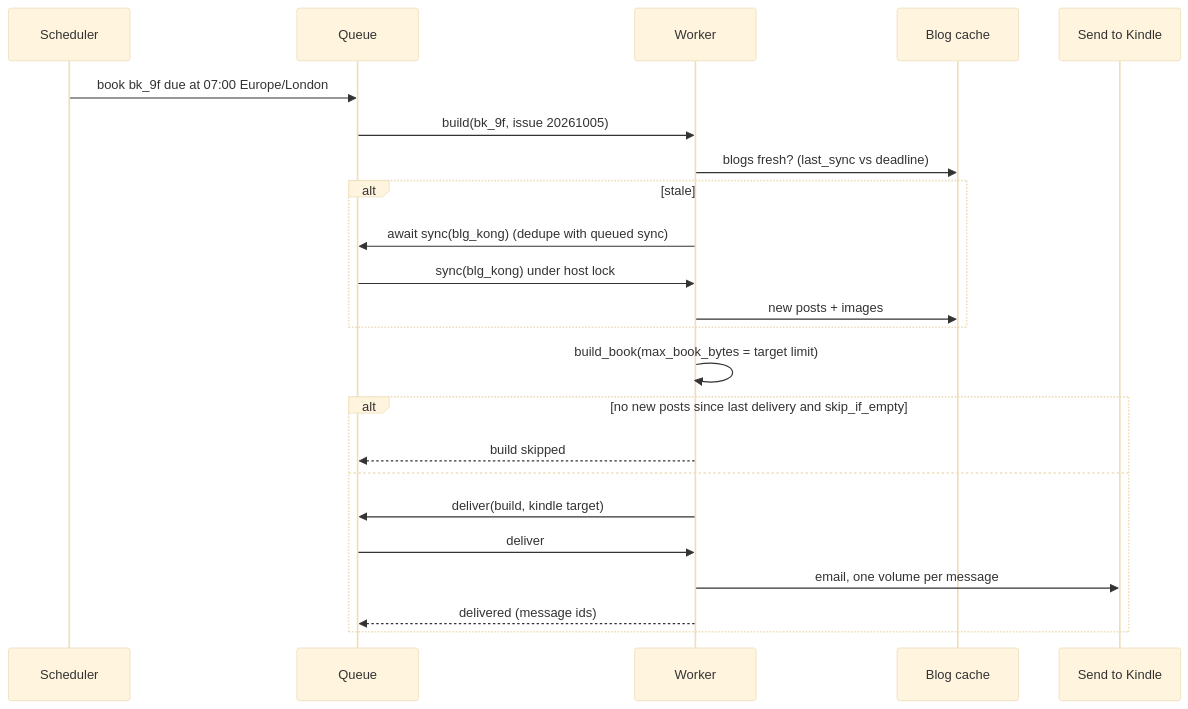
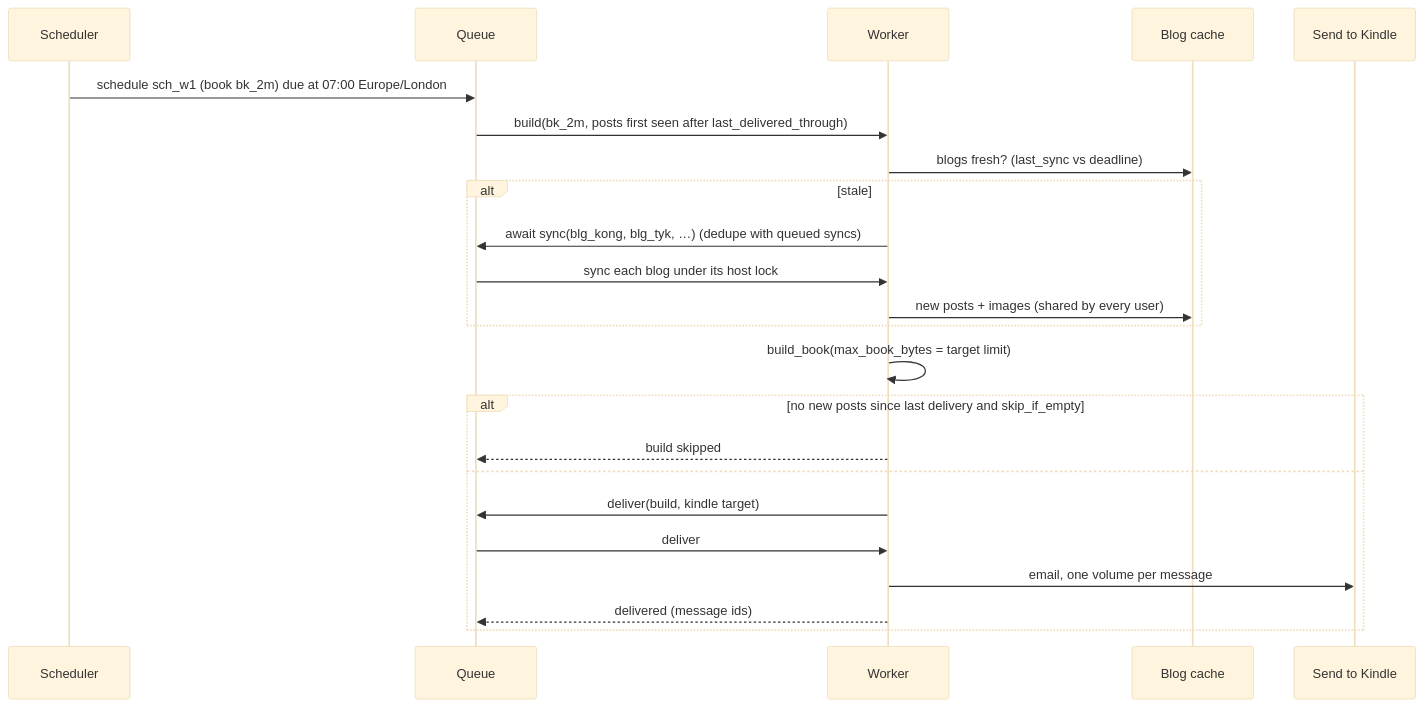
Before and after one commit to jaydotsee/blog2epub: the fourth of 4 diagrams in docs/design/webapp.md, drawn with Mermaid (base theme). The commit also changed other lines of this file and 2 other files, not shown here.

````diff
--- a/docs/design/webapp.md
+++ b/docs/design/webapp.md
@@ -286,26 +384,26 @@
 ```mermaid
 sequenceDiagram
   participant S as Scheduler
   participant Q as Queue
   participant W as Worker
   participant C as Blog cache
   participant K as Send to Kindle
 
-  S->>Q: book bk_9f due at 07:00 Europe/London
-  Q->>W: build(bk_9f, issue 20261005)
+  S->>Q: schedule sch_w1 (book bk_2m) due at 07:00 Europe/London
+  Q->>W: build(bk_2m, posts first seen after last_delivered_through)
   W->>C: blogs fresh? (last_sync vs deadline)
   alt stale
-    W->>Q: await sync(blg_kong) (dedupe with queued sync)
-    Q->>W: sync(blg_kong) under host lock
-    W->>C: new posts + images
+    W->>Q: await sync(blg_kong, blg_tyk, …) (dedupe with queued syncs)
+    Q->>W: sync each blog under its host lock
+    W->>C: new posts + images (shared by every user)
   end
   W->>W: build_book(max_book_bytes = target limit)
   alt no new posts since last delivery and skip_if_empty
     W-->>Q: build skipped
   else
     W->>Q: deliver(build, kindle target)
     Q->>W: deliver
     W->>K: email, one volume per message
     W-->>Q: delivered (message ids)
   end
 ```
````
